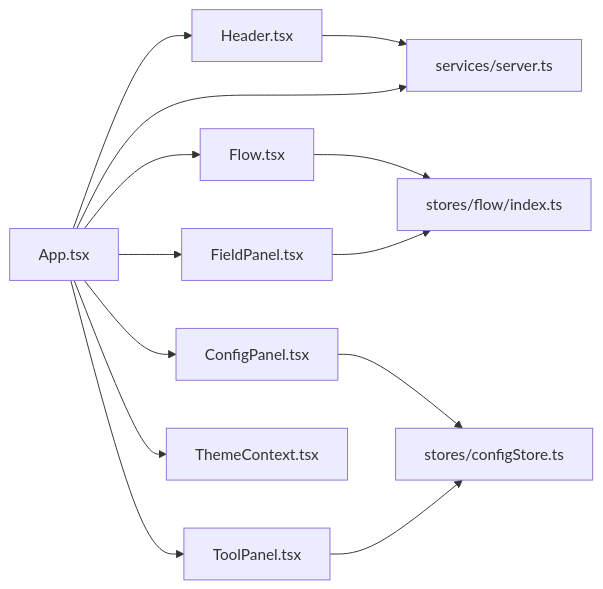
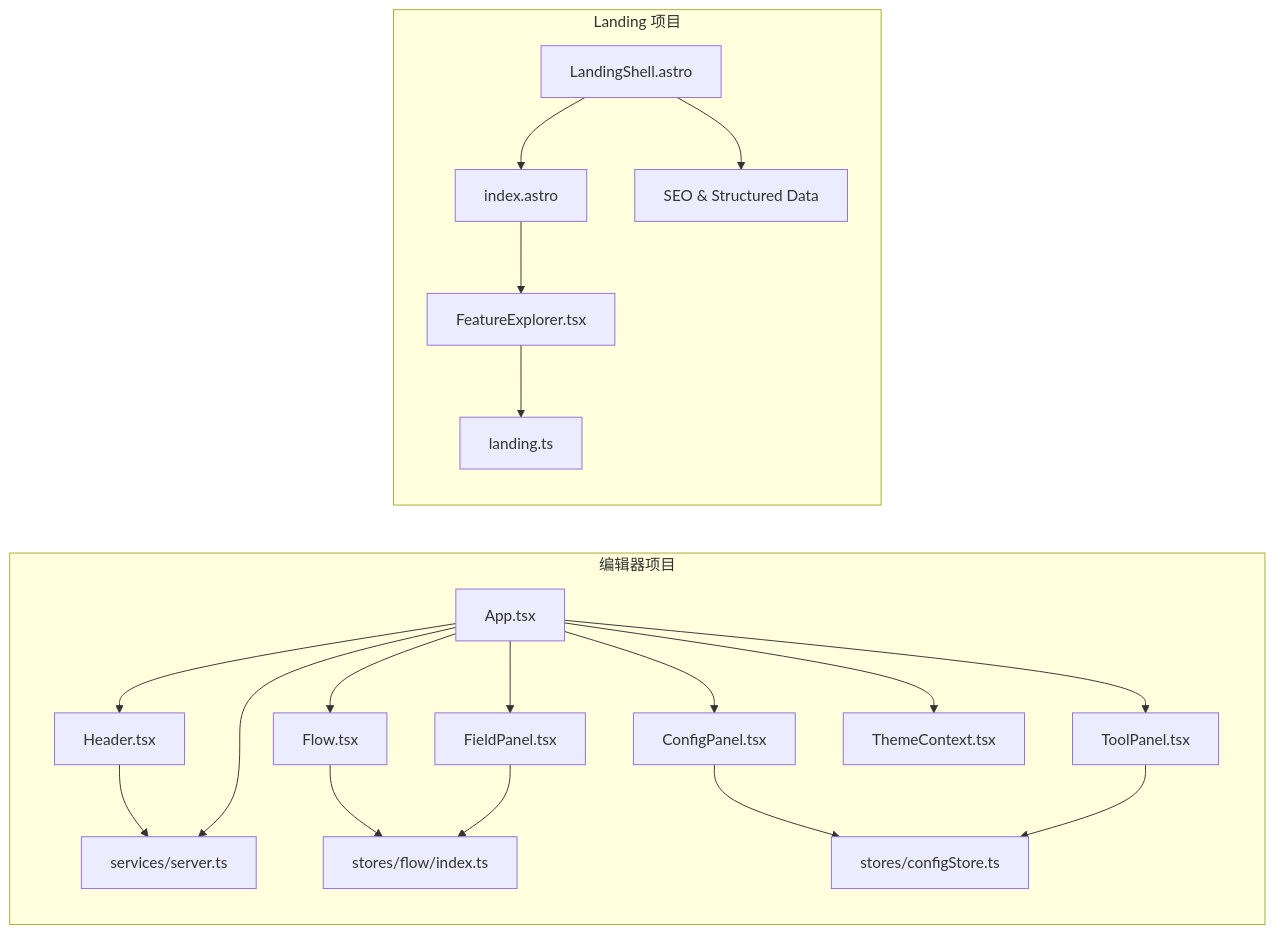
Before and after one commit to kqcoxn/MaaPipelineEditor: the second of 9 diagrams in .qoder/repowiki/zh/content/开发者指南/代码结构说明/前端架构设计/组件系统架构.md, drawn with Mermaid. The commit also changed other lines of this file and 8 other files, not shown here.

````diff
--- a/.qoder/repowiki/zh/content/开发者指南/代码结构说明/前端架构设计/组件系统架构.md
+++ b/.qoder/repowiki/zh/content/开发者指南/代码结构说明/前端架构设计/组件系统架构.md
@@ -117,15 +146,23 @@
 ```mermaid
 graph LR
+subgraph "编辑器项目"
 App["App.tsx"] --> Header["Header.tsx"]
 App --> Flow["Flow.tsx"]
 App --> FieldPanel["FieldPanel.tsx"]
 App --> ConfigPanel["ConfigPanel.tsx"]
 App --> ToolPanel["ToolPanel.tsx"]
 Header --> WS["services/server.ts"]
 Flow --> FlowStore["stores/flow/index.ts"]
 FieldPanel --> FlowStore
 ConfigPanel --> ConfigStore["stores/configStore.ts"]
 ToolPanel --> ConfigStore
 App --> WS
 App --> Theme["ThemeContext.tsx"]
+end
+subgraph "Landing 项目"
+LandingShell["LandingShell.astro"] --> IndexPage["index.astro"]
+IndexPage --> FeatureExplorer["FeatureExplorer.tsx"]
+FeatureExplorer --> Content["landing.ts"]
+LandingShell --> SEO["SEO & Structured Data"]
+end
 ```
````
